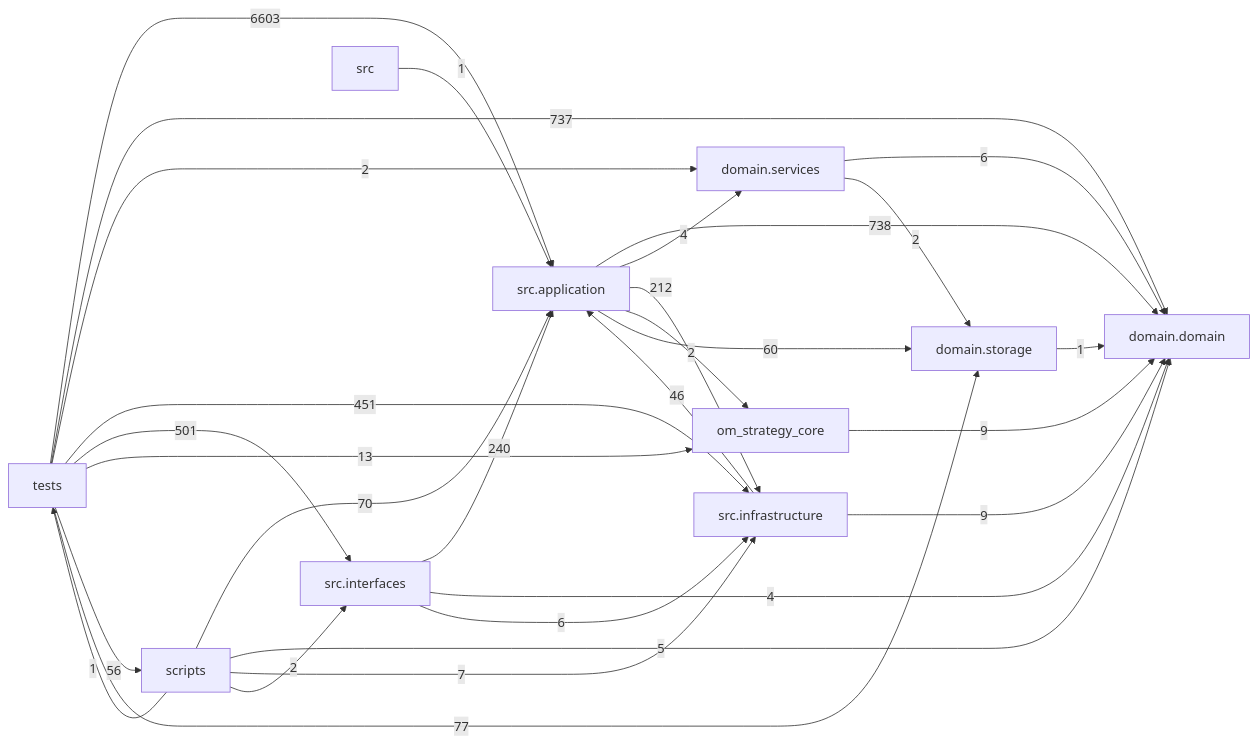
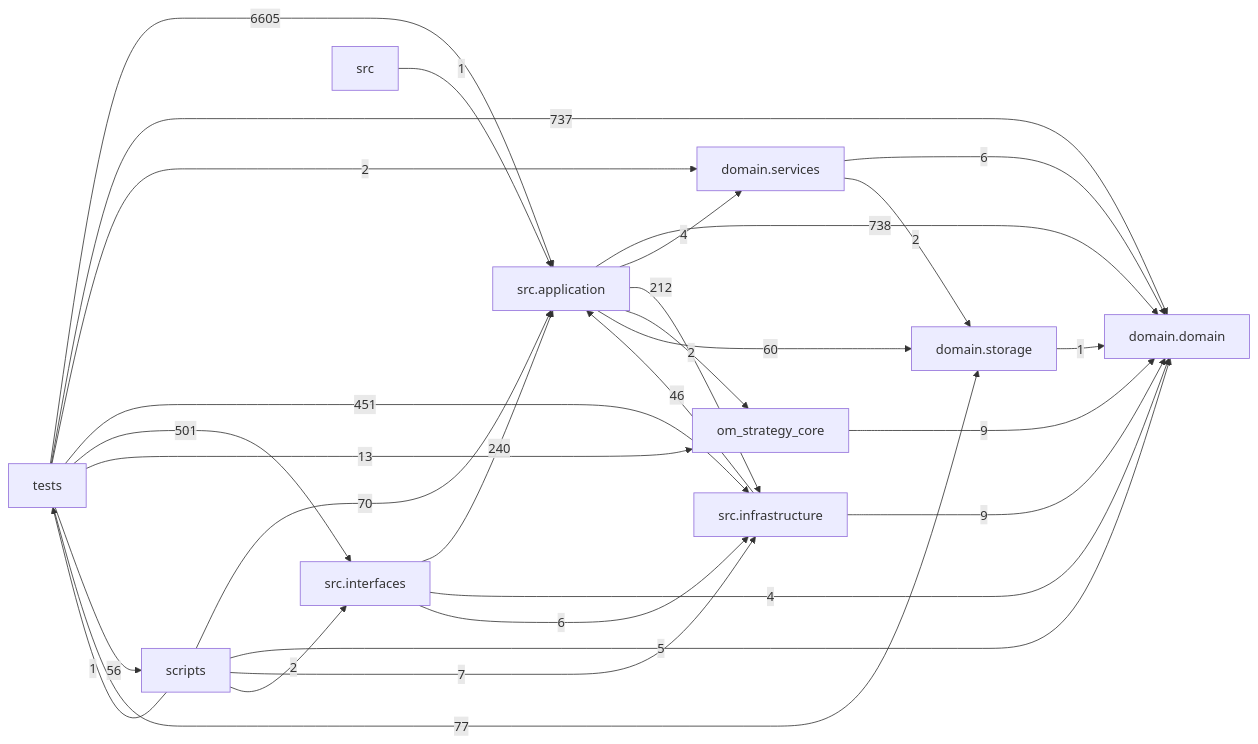
The diagram in docs/DEPENDENCY_GRAPH.md (liuxie066/options-monitor), drawn with Mermaid before and after one commit. The commit also changed other lines of this file and 12 other files, not shown here.

````diff
--- a/docs/DEPENDENCY_GRAPH.md
+++ b/docs/DEPENDENCY_GRAPH.md
@@ -24,39 +24,39 @@
 ```mermaid
 flowchart LR
   tests["tests"]
   scripts["scripts"]
   interfaces["src.interfaces"]
   application["src.application"]
   infrastructure["src.infrastructure"]
   domain_services["domain.services"]
   domain["domain.domain"]
   storage["domain.storage"]
   application -->|738| domain
   application -->|4| domain_services
   application -->|212| infrastructure
   application -->|2| om_strategy_core
   application -->|60| storage
   domain_services -->|6| domain
   domain_services -->|2| storage
   infrastructure -->|46| application
   infrastructure -->|9| domain
   interfaces -->|240| application
   interfaces -->|4| domain
   interfaces -->|6| infrastructure
   om_strategy_core -->|9| domain
   scripts -->|70| application
   scripts -->|5| domain
   scripts -->|7| infrastructure
   scripts -->|2| interfaces
   scripts -->|1| tests
   src -->|1| application
   storage -->|1| domain
-  tests -->|6603| application
+  tests -->|6605| application
   tests -->|737| domain
   tests -->|2| domain_services
   tests -->|451| infrastructure
   tests -->|501| interfaces
   tests -->|13| om_strategy_core
   tests -->|56| scripts
   tests -->|77| storage
 ```
````
